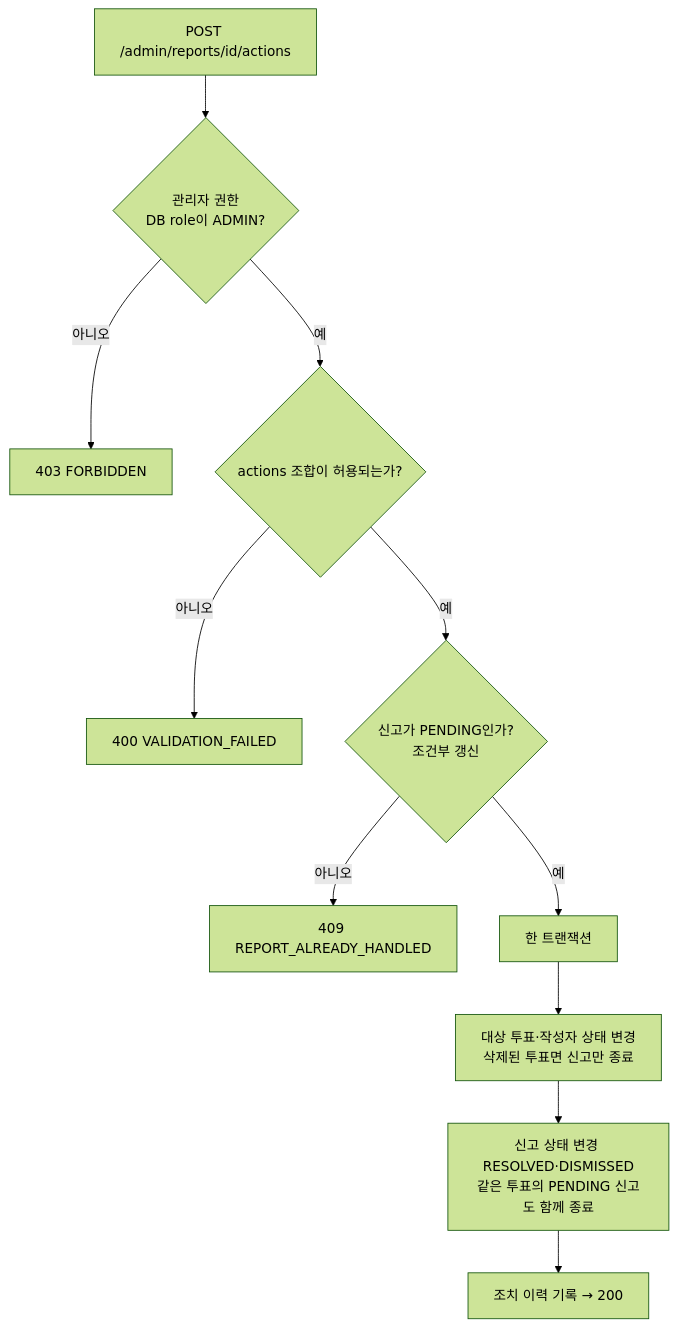
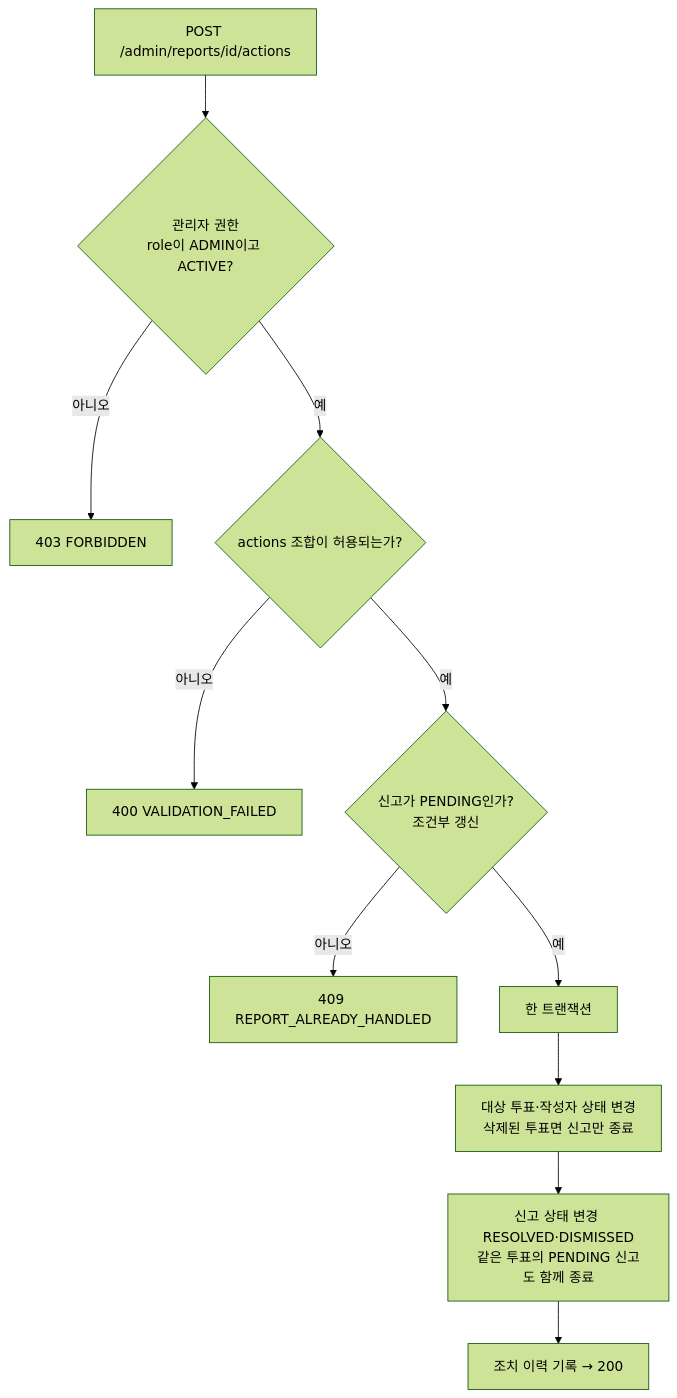
One commit to kwakseobang/AuDDum changed the diagram in docs/API-명세.md. Above: the diagram before and after it, drawn with Mermaid (forest theme). The commit also changed other lines of this file and 12 other files, not shown here.

First line of the commit message:
feat(admin): 관리자 API 접근 검사 추가 (#52) (#96)

````diff
--- a/docs/API-명세.md
+++ b/docs/API-명세.md
@@ -437,13 +437,13 @@
 ```mermaid
 flowchart TD
-    A[POST /admin/reports/id/actions] --> B{관리자 권한<br/>DB role이 ADMIN?}
+    A[POST /admin/reports/id/actions] --> B{관리자 권한<br/>role이 ADMIN이고 ACTIVE?}
     B -- 아니오 --> X1[403 FORBIDDEN]
     B -- 예 --> C{actions 조합이 허용되는가?}
     C -- 아니오 --> X2[400 VALIDATION_FAILED]
     C -- 예 --> D{신고가 PENDING인가?<br/>조건부 갱신}
     D -- 아니오 --> X3[409 REPORT_ALREADY_HANDLED]
     D -- 예 --> E[한 트랜잭션]
     E --> F[대상 투표·작성자 상태 변경<br/>삭제된 투표면 신고만 종료]
     F --> G[신고 상태 변경 RESOLVED·DISMISSED<br/>같은 투표의 PENDING 신고도 함께 종료]
     G --> H[조치 이력 기록 → 200]
 ```
````
